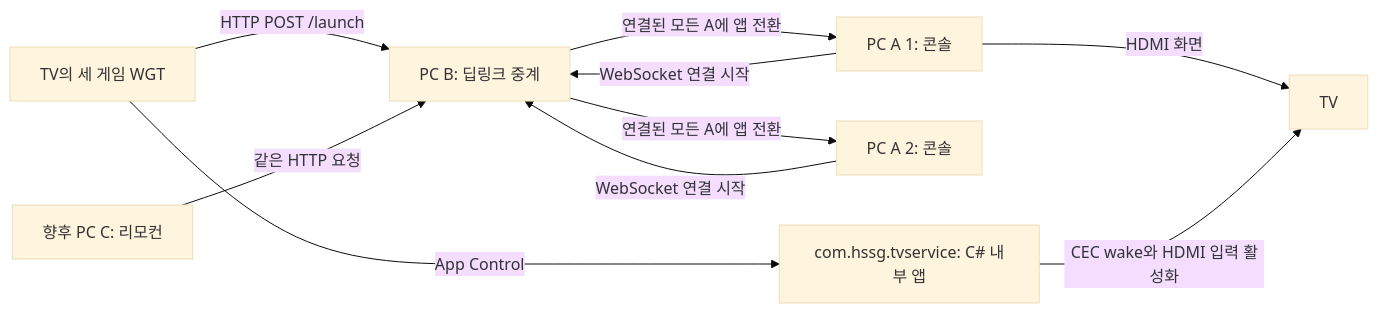
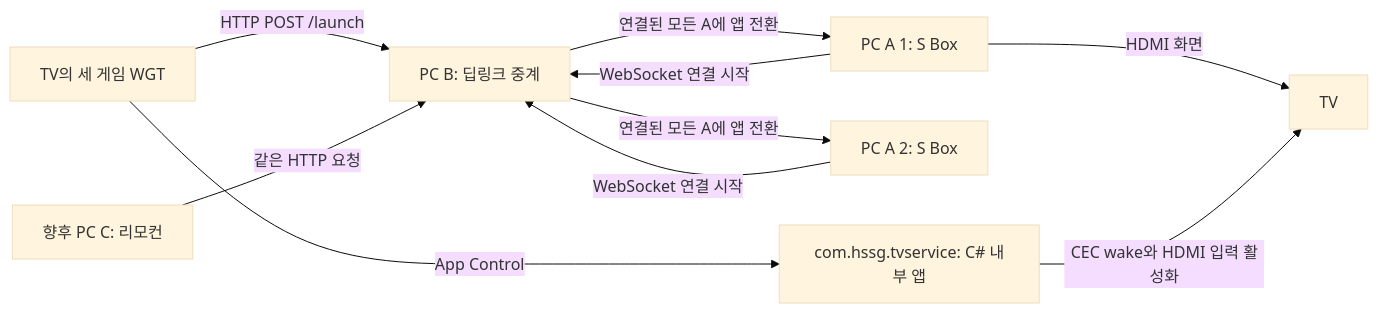
The diagram in README.md (Readiz/s2s-launch-test), drawn with Mermaid (base theme) before and after one commit. The commit also changed other lines of this file and 15 other files, not shown here.

````diff
--- a/README.md
+++ b/README.md
@@ -7,12 +9,12 @@
 ```mermaid
 flowchart LR
     TV[TV의 세 게임 WGT] -->|HTTP POST /launch| B[PC B: 딥링크 중계]
     C[향후 PC C: 리모컨] -->|같은 HTTP 요청| B
-    A1[PC A 1: 콘솔] -->|WebSocket 연결 시작| B
-    A2[PC A 2: 콘솔] -->|WebSocket 연결 시작| B
+    A1[PC A 1: S Box] -->|WebSocket 연결 시작| B
+    A2[PC A 2: S Box] -->|WebSocket 연결 시작| B
     B -->|연결된 모든 A에 앱 전환| A1
     B -->|연결된 모든 A에 앱 전환| A2
     A1 -->|HDMI 화면| DISPLAY[TV]
     TV -->|App Control| SERVICE[com.hssg.tvservice: C# 내부 앱]
     SERVICE -->|CEC wake와 HDMI 입력 활성화| DISPLAY
 ```
````
